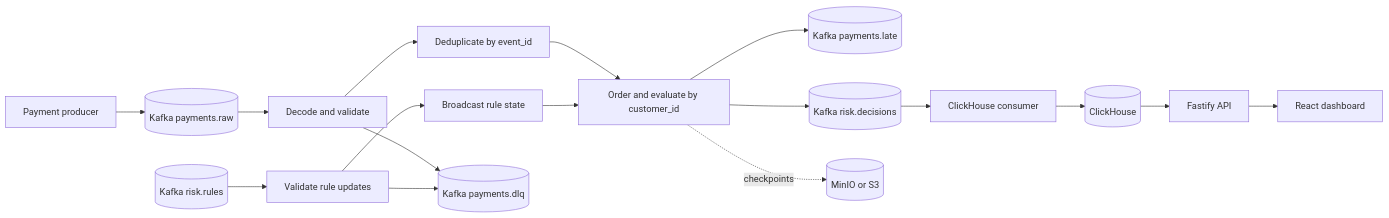
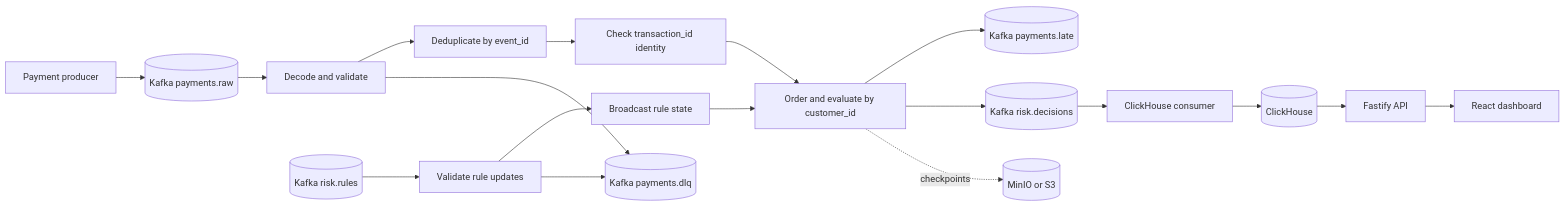
The diagram in README.md (acilione/payment-risk), drawn with Mermaid before and after one commit. The commit also changed other lines of this file and 10 other files, not shown here.

Commit message:
Evaluate realistic customer payment stories and document detection limits

````diff
--- a/README.md
+++ b/README.md
@@ -44,19 +47,20 @@
 ```mermaid
 flowchart LR
   P[Payment producer] --> K[(Kafka payments.raw)]
   K --> V[Decode and validate]
   V --> D[Deduplicate by event_id]
-  D --> E[Order and evaluate by customer_id]
+  D --> T[Check transaction_id identity]
+  T --> E[Order and evaluate by customer_id]
   R[(Kafka risk.rules)] --> RV[Validate rule updates]
   RV --> B[Broadcast rule state]
   B --> E
   V --> Q[(Kafka payments.dlq)]
   RV --> Q
   E --> L[(Kafka payments.late)]
   E --> O[(Kafka risk.decisions)]
   O --> M[ClickHouse consumer]
   M --> C[(ClickHouse)]
   C --> A[Fastify API]
   A --> W[React dashboard]
   E -. checkpoints .-> S[(MinIO or S3)]
 ```
````
